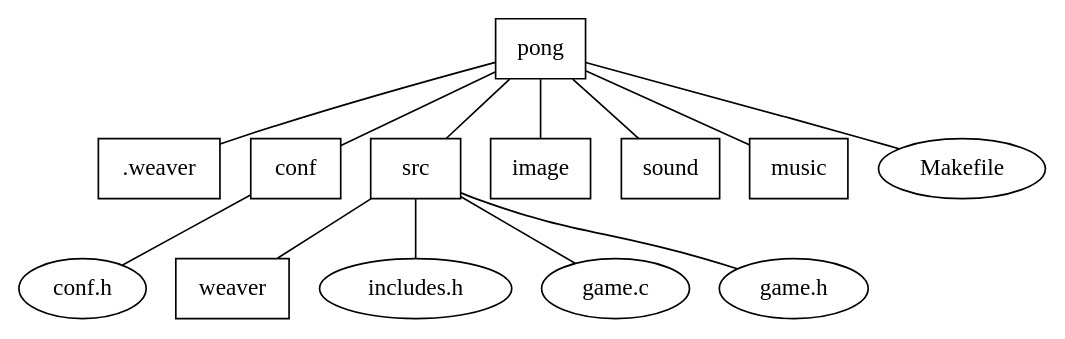
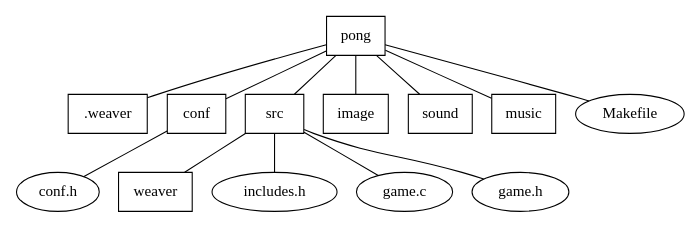
One commit to thiagoharry/weaver changed the diagram in cweb/diagrams/project_dir.dot. Above: the diagram before and after it, drawn with Graphviz. The commit also changed 3 other files, not shown here.

```diff
--- a/cweb/diagrams/project_dir.dot
+++ b/cweb/diagrams/project_dir.dot
@@ -1,25 +1,26 @@
 graph{
+        size="5.625,9.375!"
 	pong[shape=box];
 	".weaver"[shape=box];
 	conf[shape=box];
 	src[shape=box];
 	image[shape=box];
 	sound[shape=box];
 	music[shape=box];
 	weaver[shape=box];
 
 	pong -- ".weaver";
 	pong -- conf;
 	pong -- src;
 	pong -- image;
 	pong -- sound;
 	pong -- music;
 	pong -- Makefile;
 
 	conf -- "conf.h";
 
 	src -- weaver;
 	src -- "includes.h"
 	src -- "game.c"
 	src -- "game.h"
 }
```
